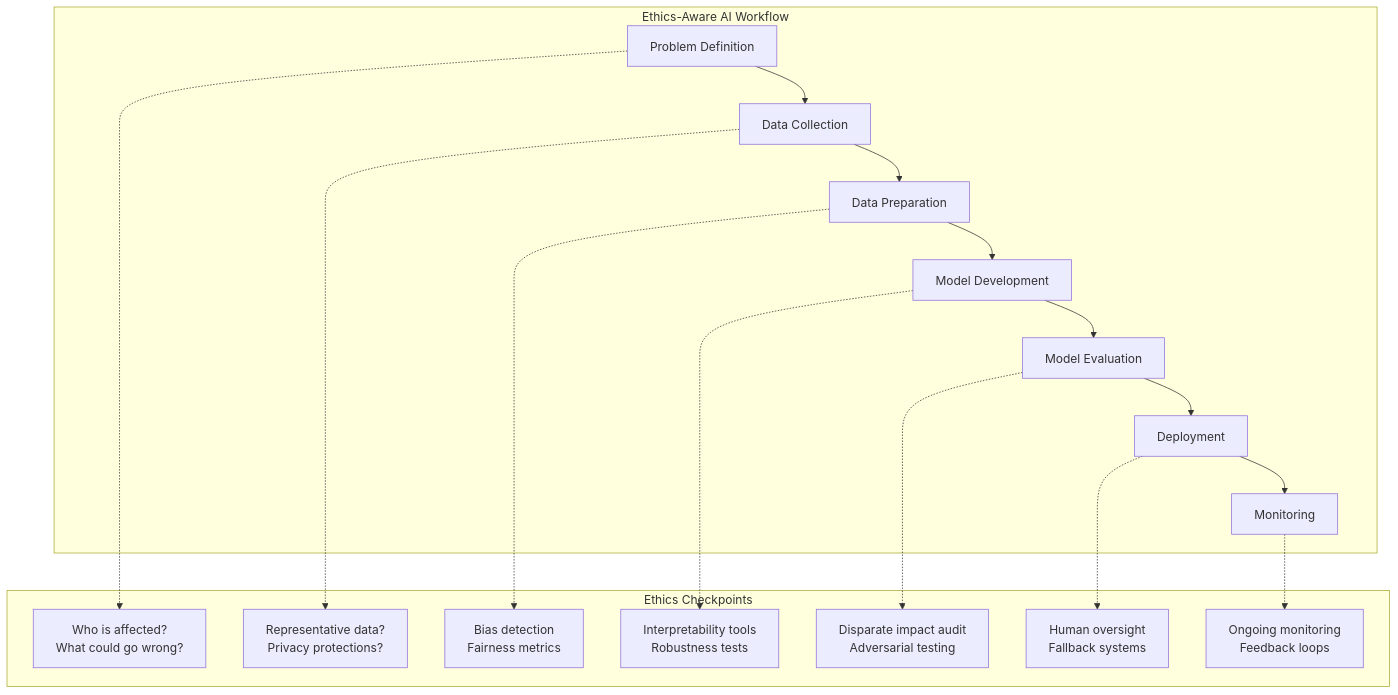
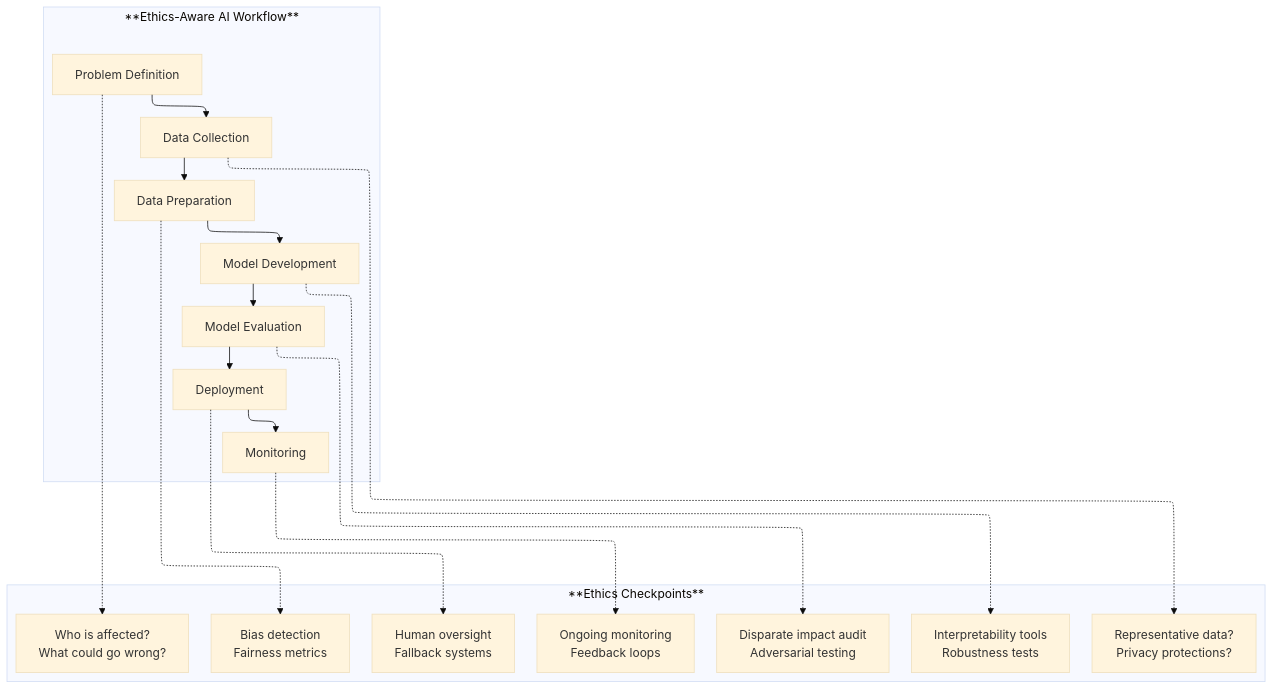
One commit to Vineet-Sharma-Medium-Stories/Medium-Build-Tool changed the fifth of 5 diagrams in The 2026 AI Metromap/The 2026 AI Metromap: Ethics & Responsible AI – The Safety Systems of the Metro.md. Above: the diagram before and after it, drawn with Mermaid. The commit also changed other lines of this file and 37 other files, not shown here.

````diff
--- a/The 2026 AI Metromap/The 2026 AI Metromap: Ethics & Responsible AI – The Safety Systems of the Metro.md
+++ b/The 2026 AI Metromap/The 2026 AI Metromap: Ethics & Responsible AI – The Safety Systems of the Metro.md
@@ -562,29 +582,34 @@
 ```mermaid
+---
+config:
+  theme: base
+  layout: elk
+---
 graph TD
-    subgraph "Ethics-Aware AI Workflow"
+    subgraph "**Ethics-Aware AI Workflow**"
         A[Problem Definition] --> B[Data Collection]
         B --> C[Data Preparation]
         C --> D[Model Development]
         D --> E[Model Evaluation]
         E --> F[Deployment]
         F --> G[Monitoring]
     end
     
-    subgraph "Ethics Checkpoints"
+    subgraph "**Ethics Checkpoints**"
         A1[Who is affected?<br/>What could go wrong?]
         B1[Representative data?<br/>Privacy protections?]
         C1[Bias detection<br/>Fairness metrics]
         D1[Interpretability tools<br/>Robustness tests]
         E1[Disparate impact audit<br/>Adversarial testing]
         F1[Human oversight<br/>Fallback systems]
         G1[Ongoing monitoring<br/>Feedback loops]
     end
     
     A -.-> A1
     B -.-> B1
     C -.-> C1
     D -.-> D1
     E -.-> E1
     F -.-> F1
     G -.-> G1
 ```
````
